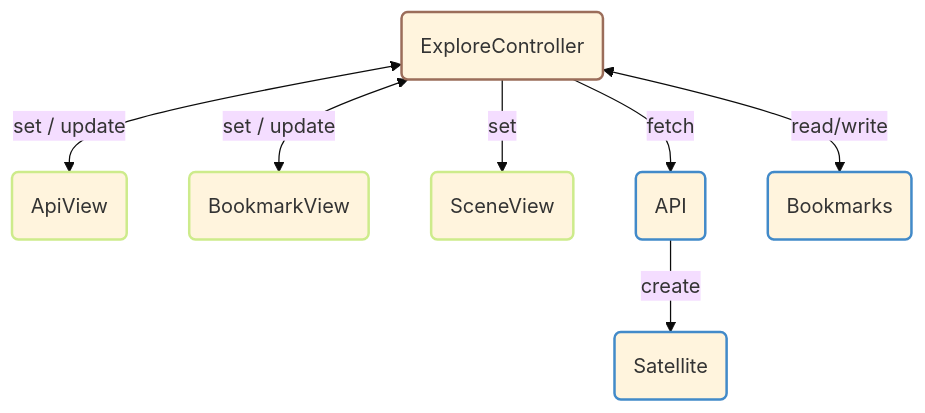
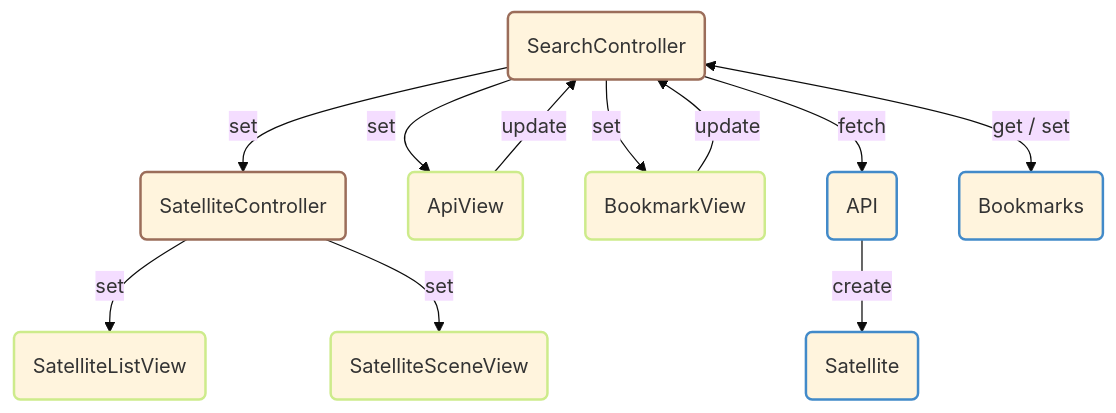
The diagram in README.md (bxbyte/satellite-viewer), drawn with Mermaid (base theme) before and after one commit. The commit also changed other lines of this file and 20 other files, not shown here.

````diff
--- a/README.md
+++ b/README.md
@@ -53,16 +58,28 @@
 ```mermaid
 graph TD;
     classDef controller stroke:#9b6d5a,stroke-width:2px;
     classDef view stroke:#cdeb8b,stroke-width:2px;
     classDef modal stroke:#428ac9,stroke-width:2px;
 
-    NC("ExploreController"):::controller
-    NC <-- set / update --> AV("ApiView"):::view
-    NC <-- set / update --> BV("BookmarkView"):::view
-    NC -- set --> SV("SceneView"):::view
+    SeC -- set --> SaC
+
+    SaC("SatelliteController"):::controller
+    
+    SaC -- set --> SLV("SatelliteListView"):::view
+    SaC -- set --> SSV("SatelliteSceneView"):::view
+
+    SeC("SearchController"):::controller
+
+    AV("ApiView")
+    SeC -- set --> AV:::view
+    AV:::view -- update --> SeC
+
+    BV("BookmarkView")
+    SeC -- set --> BV:::view
+    BV:::view -- update --> SeC
 
     AM("API"):::modal
     AM -- create --> SM("Satellite"):::modal
-    NC -- fetch --> AM
-    NC <-- read/write --> BM("Bookmarks"):::modal    
+    SeC -- fetch --> AM
+    SeC <-- get / set --> BM("Bookmarks"):::modal    
 ```
````
